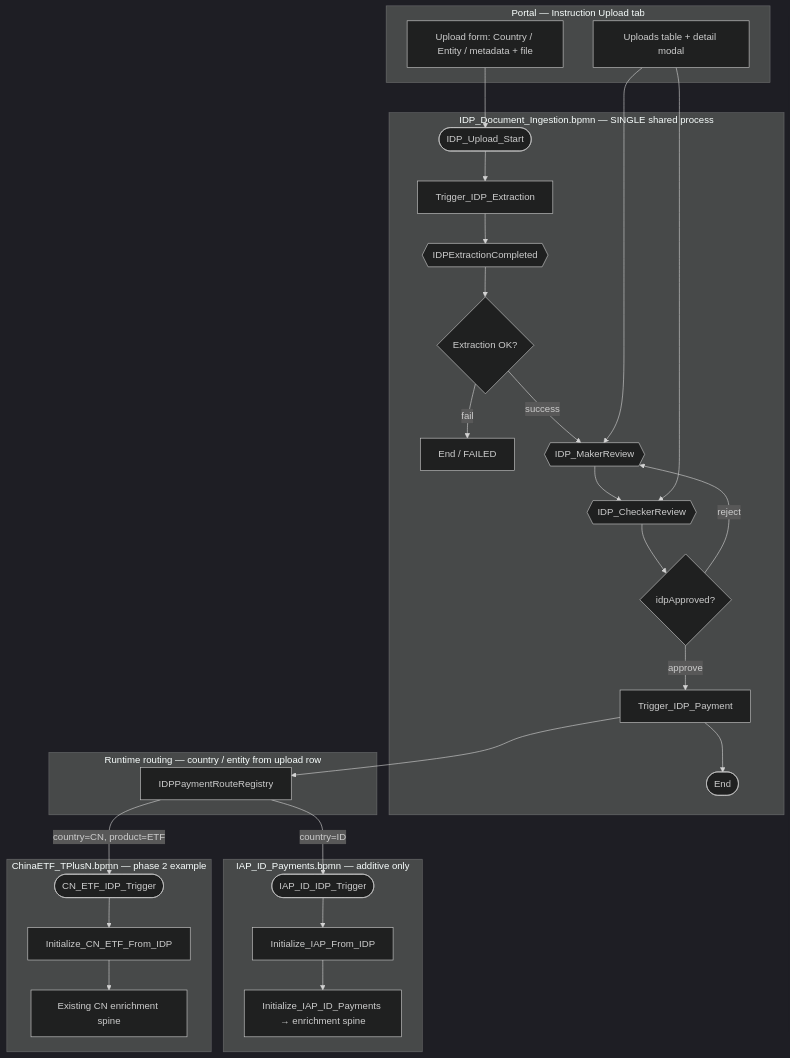
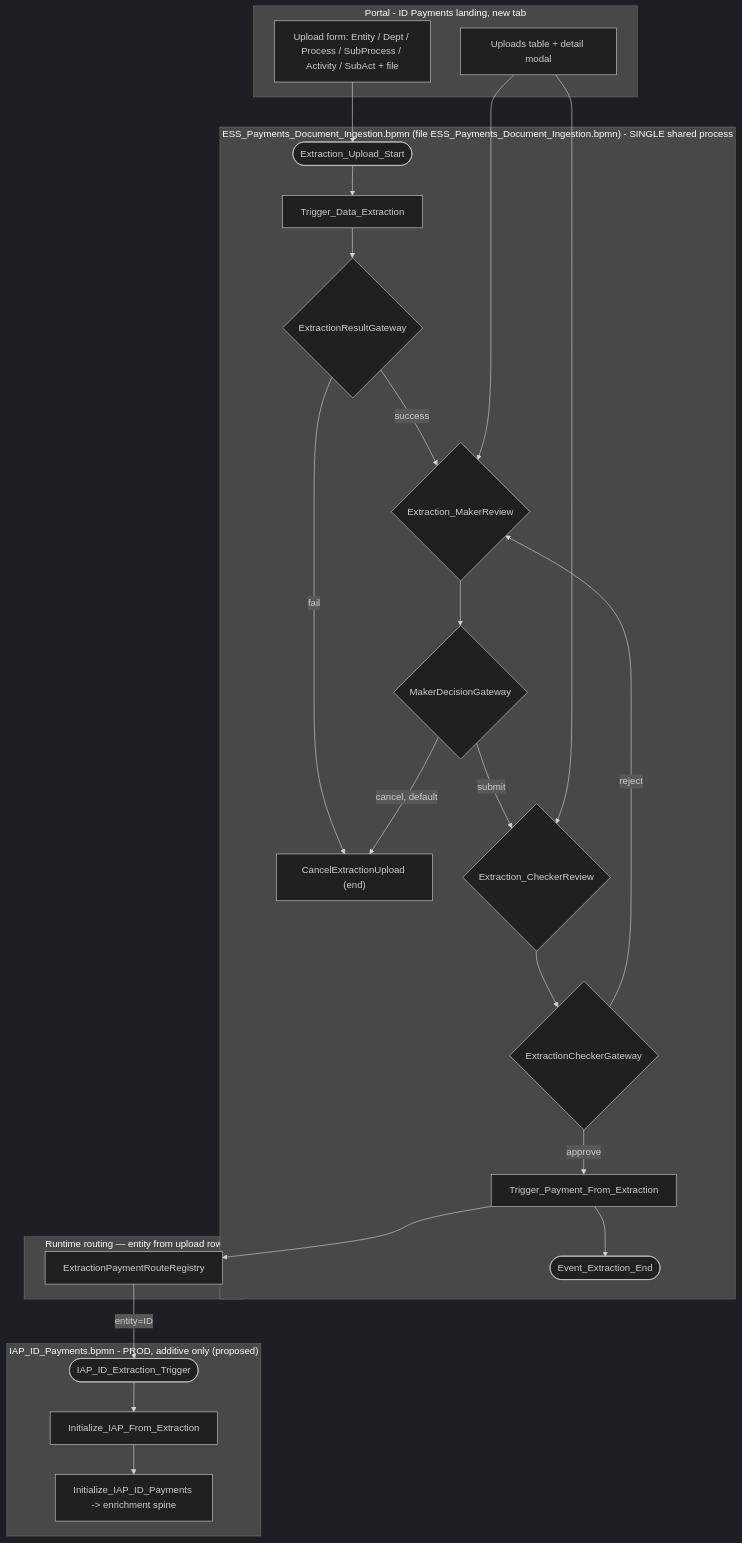
Before and after one commit to suresh0731/payment: the first of 6 diagrams in final/IDP_LLD.md, drawn with Mermaid (dark theme). The commit also changed other lines of this file and 6 other files, not shown here.

````diff
--- a/final/IDP_LLD.md
+++ b/final/IDP_LLD.md
@@ -56,41 +49,37 @@
 ```mermaid
 flowchart TB
-    subgraph UI["Portal — Instruction Upload tab"]
-        UP["Upload form: Country / Entity / metadata + file"]
-        TBL["Uploads table + detail modal"]
-    end
+  subgraph UI["Portal - ID Payments landing, new tab"]
+    UP["Upload form: Entity / Dept / Process / SubProcess / Activity / SubAct + file"]
+    TBL["Uploads table + detail modal"]
+  end
 
-    subgraph COMMON["IDP_Document_Ingestion.bpmn — SINGLE shared process"]
-        START(["IDP_Upload_Start"]) --> EXTRACT["Trigger_IDP_Extraction"]
-        EXTRACT --> WAIT{{"IDPExtractionCompleted"}}
-        WAIT --> GW1{"Extraction OK?"}
-        GW1 -->|fail| FAIL["End / FAILED"]
-        GW1 -->|success| MK{{"IDP_MakerReview"}}
-        MK --> CK{{"IDP_CheckerReview"}}
-        CK --> GW2{"idpApproved?"}
-        GW2 -->|reject| MK
-        GW2 -->|approve| TRIGGER["Trigger_IDP_Payment"]
-        TRIGGER --> END_IDP(["End"])
-    end
+  subgraph COMMON["ESS_Payments_Document_Ingestion.bpmn (file ESS_Payments_Document_Ingestion.bpmn) - SINGLE shared process"]
+    START(["Extraction_Upload_Start"]) --> EXTRACT["Trigger_Data_Extraction"]
+    EXTRACT --> GW1{"ExtractionResultGateway"}
+    GW1 -->|fail| CANCEL["CancelExtractionUpload (end)"]
+    GW1 -->|success| MK{"Extraction_MakerReview"}
+    MK --> GW0{"MakerDecisionGateway"}
+    GW0 -->|cancel, default| CANCEL
+    GW0 -->|submit| CK{"Extraction_CheckerReview"}
+    CK --> GW2{"ExtractionCheckerGateway"}
+    GW2 -->|reject| MK
+    GW2 -->|approve| TRIGGER["Trigger_Payment_From_Extraction"]
+    TRIGGER --> END_EXT(["Event_Extraction_End"])
+  end
 
-    subgraph ROUTE["Runtime routing — country / entity from upload row"]
-        REG["IDPPaymentRouteRegistry"]
-    end
+  subgraph ROUTE["Runtime routing — entity from upload row"]
+    REG["ExtractionPaymentRouteRegistry"]
+  end
+  
+  subgraph ID_PAY["IAP_ID_Payments.bpmn - PROD, additive only (proposed)"]
+    ID_START(["IAP_ID_Extraction_Trigger"]) --> ID_INIT["Initialize_IAP_From_Extraction"]
+    ID_INIT --> ID_ENR["Initialize_IAP_ID_Payments -> enrichment spine"]
+  end
 
-    subgraph ID_PAY["IAP_ID_Payments.bpmn — additive only"]
-        ID_START(["IAP_ID_IDP_Trigger"]) --> ID_INIT["Initialize_IAP_From_IDP"]
-        ID_INIT --> ID_ENR["Initialize_IAP_ID_Payments → enrichment spine"]
-    end
+  UP --> START
+  TRIGGER --> REG
+  REG -->|"entity=ID"| ID_START
+  TBL --> MK
+  TBL --> CK
 
-    subgraph CN_PAY["ChinaETF_TPlusN.bpmn — phase 2 example"]
-        CN_START(["CN_ETF_IDP_Trigger"]) --> CN_INIT["Initialize_CN_ETF_From_IDP"]
-        CN_INIT --> CN_ENR["Existing CN enrichment spine"]
-    end
-
-    UP --> START
-    TRIGGER --> REG
-    REG -->|"country=ID"| ID_START
-    REG -->|"country=CN, product=ETF"| CN_START
-    TBL --> MK
-    TBL --> CK
 ```
````
